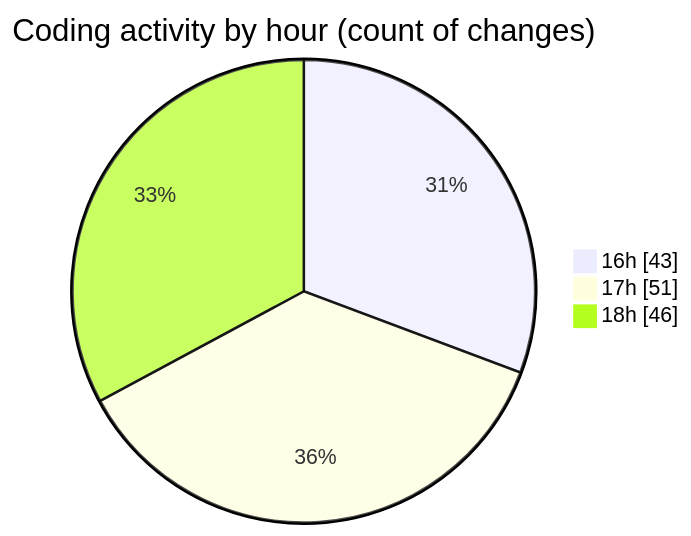
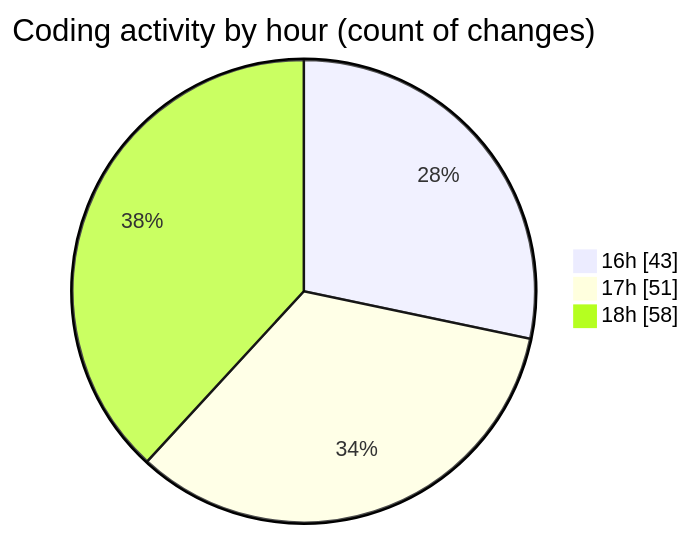
Before and after one commit to momahboobian/code-tracking: the second of 2 diagrams in 2026-11-13/broadcaster-v6-feature/README.md, drawn with Mermaid. The commit also changed other lines of this file and 1 other file, not shown here.

````diff
--- a/2026-11-13/broadcaster-v6-feature/README.md
+++ b/2026-11-13/broadcaster-v6-feature/README.md
@@ -68,7 +73,7 @@
 ```mermaid
 pie showData
 title Coding activity by hour (count of changes)
 "16h" : 43
 "17h" : 51
-"18h" : 46
+"18h" : 58
 ```
````
